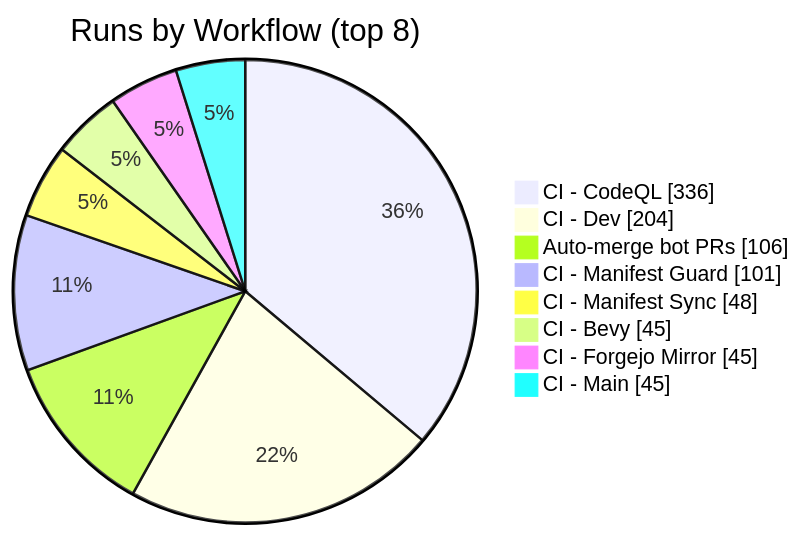
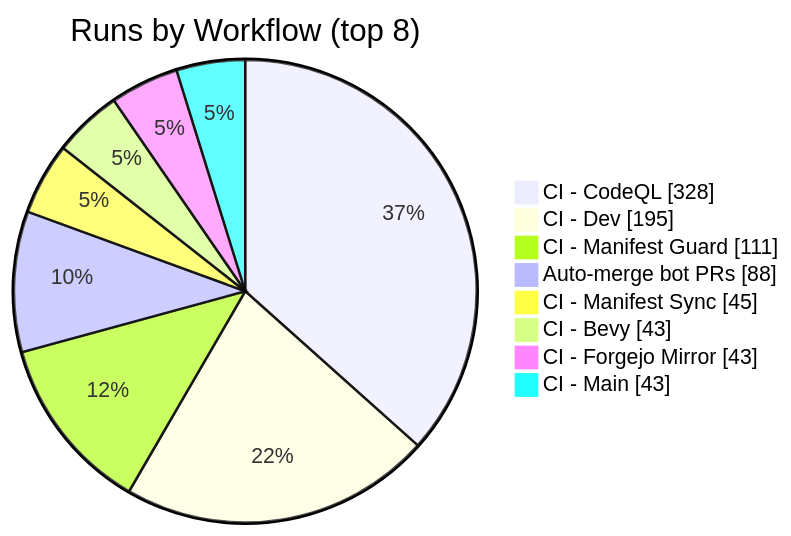
One commit to KBVE/kbve changed the second of 2 diagrams in apps/kbve/astro-kbve/src/content/docs/dashboard/ci-health.mdx. Above: the diagram before and after it, drawn with Mermaid. The commit also changed other lines of this file and 1 other file, not shown here.

````diff
--- a/apps/kbve/astro-kbve/src/content/docs/dashboard/ci-health.mdx
+++ b/apps/kbve/astro-kbve/src/content/docs/dashboard/ci-health.mdx
@@ -200,12 +200,12 @@
 ```mermaid
 pie showData
     title Runs by Workflow (top 8)
-    "CI - CodeQL" : 336
-    "CI - Dev" : 204
-    "Auto-merge bot PRs" : 106
-    "CI - Manifest Guard" : 101
-    "CI - Manifest Sync" : 48
-    "CI - Bevy" : 45
-    "CI - Forgejo Mirror" : 45
-    "CI - Main" : 45
+    "CI - CodeQL" : 328
+    "CI - Dev" : 195
+    "CI - Manifest Guard" : 111
+    "Auto-merge bot PRs" : 88
+    "CI - Manifest Sync" : 45
+    "CI - Bevy" : 43
+    "CI - Forgejo Mirror" : 43
+    "CI - Main" : 43
 ```
````
